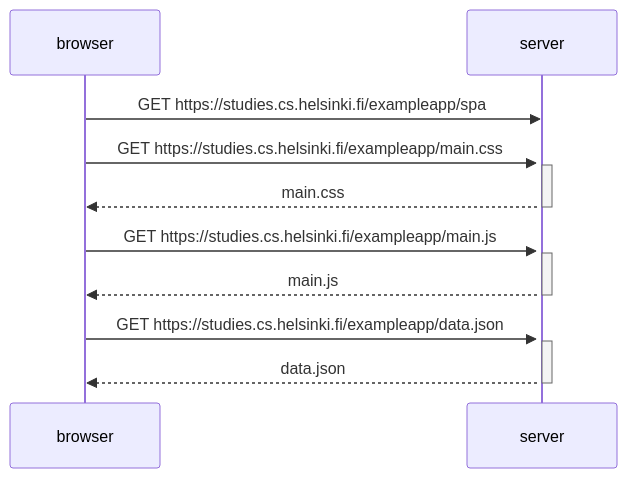
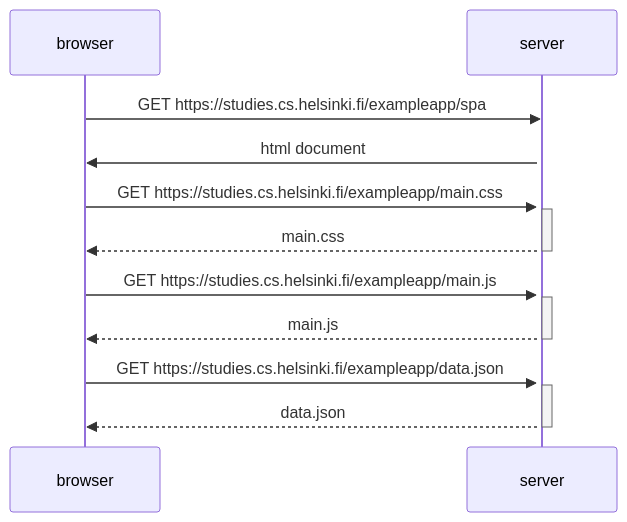
Before and after one commit to arvidkullhammar/Fullstack-Open: the diagram in part0/0.5.md, drawn with Mermaid.

````diff
--- a/part0/0.5.md
+++ b/part0/0.5.md
@@ -1,26 +1,28 @@
 ```mermaid
 sequenceDiagram
     participant browser
     participant server
 
     browser->>server: GET https://studies.cs.helsinki.fi/exampleapp/spa
     activate server
+
+    server->>browser: html document
 
   browser->>server: GET https://studies.cs.helsinki.fi/exampleapp/main.css
     activate server
     server-->>browser: main.css
     deactivate server
 
     browser->>server: GET https://studies.cs.helsinki.fi/exampleapp/main.js
     activate server
     server-->>browser: main.js
     deactivate server
 
 
     browser->>server: GET https://studies.cs.helsinki.fi/exampleapp/data.json
     activate server
     server-->>browser: data.json
     deactivate server
 
 
 ```
````
